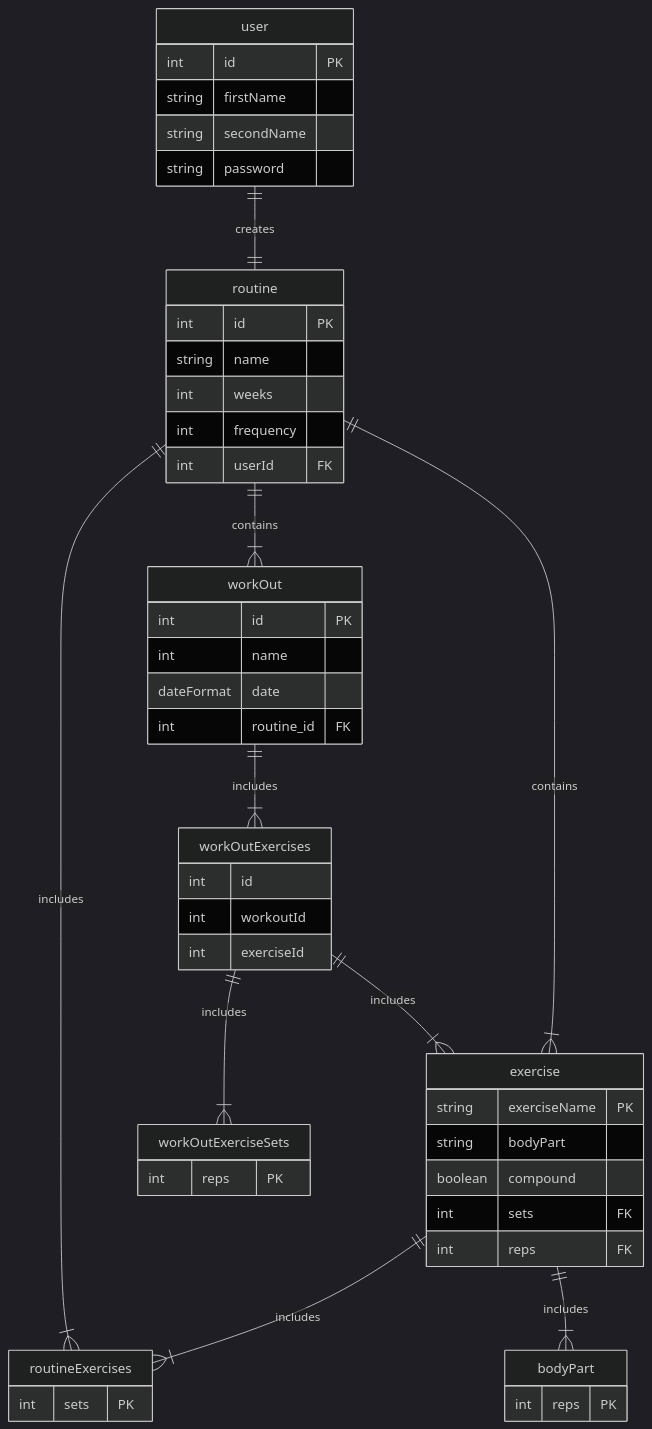
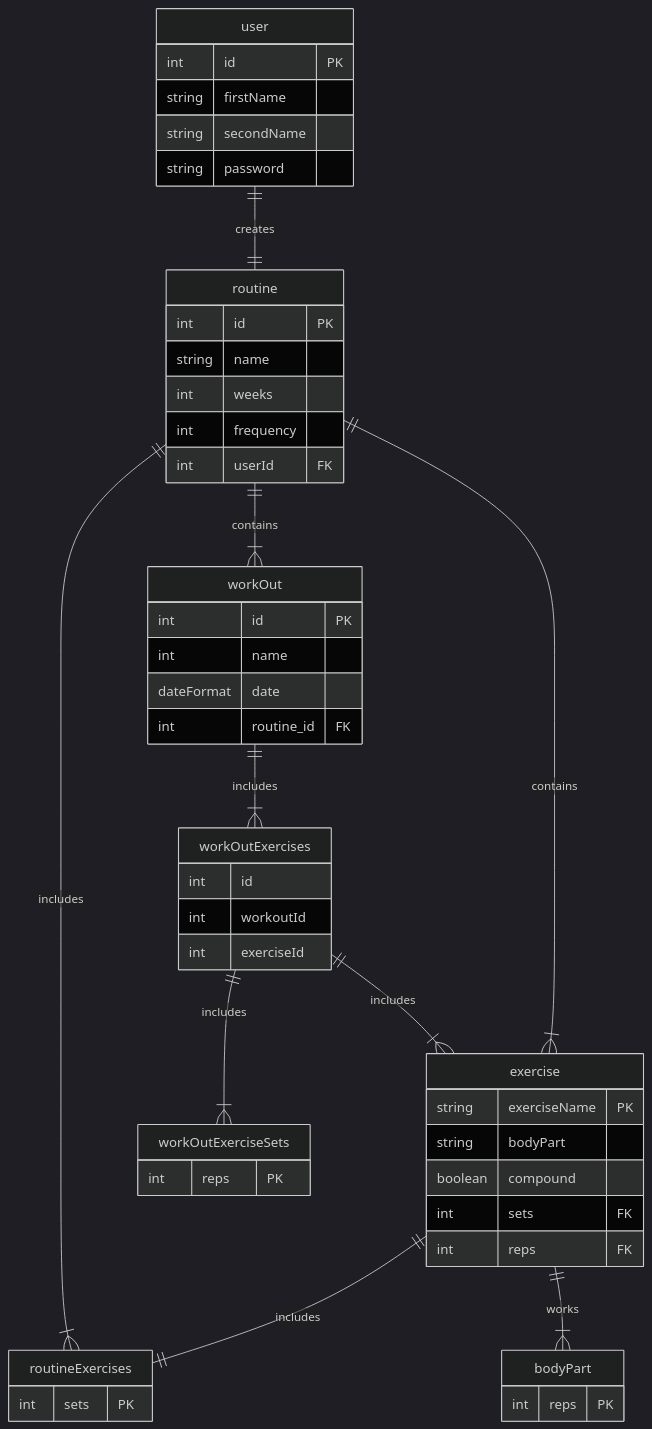
Before and after one commit to ATaylorUno/SdetCoE: the second of 2 diagrams in README.md, drawn with Mermaid.

Commit message:
Updating readme with mermaid ERD

````diff
--- a/README.md
+++ b/README.md
@@ -48,60 +48,61 @@
 ```mermaid
 %%{init: {'theme':'dark'}}%%
 erDiagram
     user ||--|| routine : creates
     user {
         int id PK
         string firstName
         string secondName
         string password
     }
     routine ||--|{ workOut : contains
     routine ||--|{ exercise : contains
     routine {
         int id PK
         string name
         int weeks
         int frequency
         int userId FK
 
     }
     workOut ||--|{ workOutExercises : includes
     workOut {
         int id PK
         int name
         dateFormat date
         int routine_id FK
 
     }
     workOutExercises ||--|{ exercise : includes
     workOutExercises ||--|{ workOutExerciseSets : includes
     workOutExercises{
         int id
         int workoutId
         int exerciseId
     }
 
-    exercise ||--|{ routineExercises: includes
-    exercise ||--|{ bodyPart: includes
+    exercise ||--|| routineExercises: includes
+    exercise ||--|{ bodyPart: works
     exercise {
         string exerciseName PK
         string bodyPart
         boolean compound
         int sets FK
         int reps FK
     }
     routine ||--|{ routineExercises: includes
     routineExercises {
         int sets PK
     }
 
      bodyPart {
         int reps PK
     }
 
 
      workOutExerciseSets {
         int reps PK
     }
 
+
 ```
````
